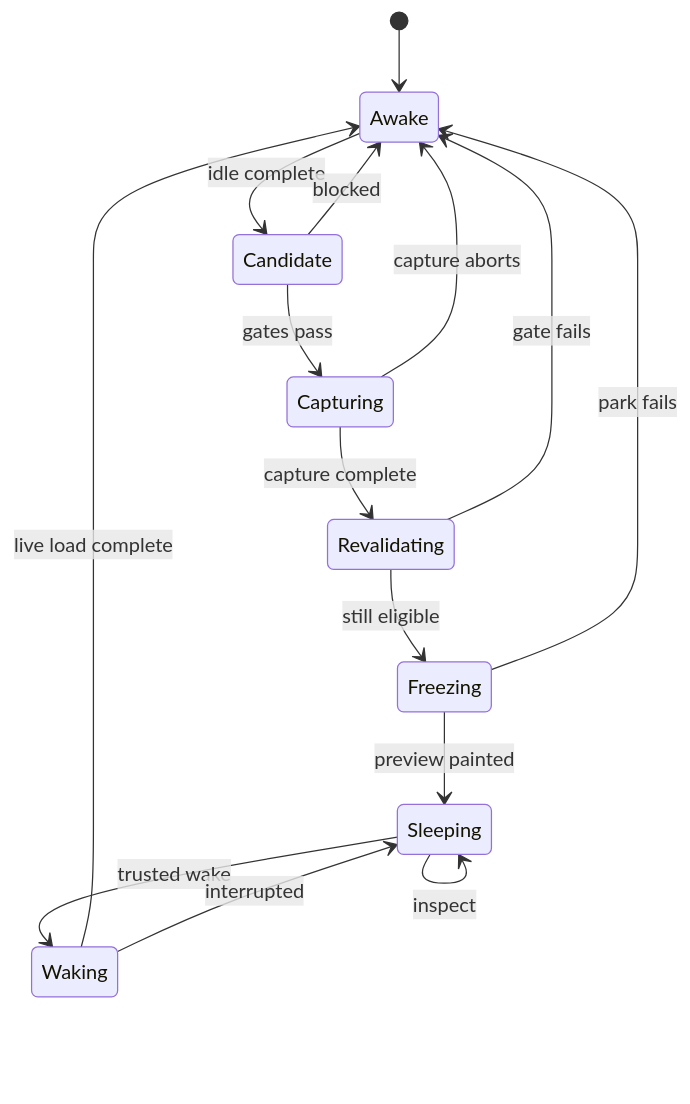
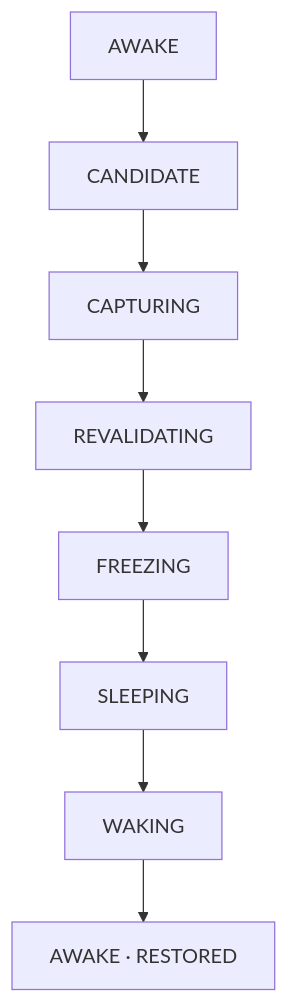
The third of 3 diagrams in README.md (ElijahUmana/tab-sleep), drawn with Mermaid before and after one commit. The commit also changed other lines of this file, not shown here.

First line of the commit message:
docs: eliminate Mermaid label clipping

````diff
--- a/README.md
+++ b/README.md
@@ -57,20 +57,19 @@
 ```mermaid
-stateDiagram-v2
-  direction TB
+flowchart TB
+  Awake["AWAKE"]
+  Candidate["CANDIDATE"]
+  Capturing["CAPTURING"]
+  Revalidating["REVALIDATING"]
+  Freezing["FREEZING"]
+  Sleeping["SLEEPING"]
+  Waking["WAKING"]
+  Restored["AWAKE · RESTORED"]
 
-  [*] --> Awake
-  Awake --> Candidate: idle complete
-  Candidate --> Capturing: gates pass
-  Capturing --> Revalidating: capture complete
-  Revalidating --> Freezing: still eligible
-  Freezing --> Sleeping: preview painted
-  Sleeping --> Waking: trusted wake
-  Waking --> Awake: live load complete
-
-  Candidate --> Awake: blocked
-  Capturing --> Awake: capture aborts
-  Revalidating --> Awake: gate fails
-  Freezing --> Awake: park fails
-  Sleeping --> Sleeping: inspect
-  Waking --> Sleeping: interrupted
+  Awake --> Candidate
+  Candidate --> Capturing
+  Capturing --> Revalidating
+  Revalidating --> Freezing
+  Freezing --> Sleeping
+  Sleeping --> Waking
+  Waking --> Restored
 ```
````
